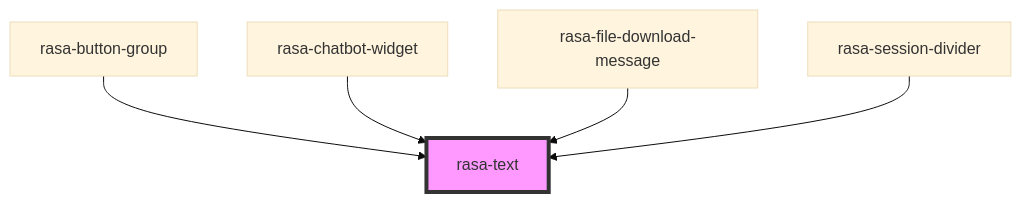
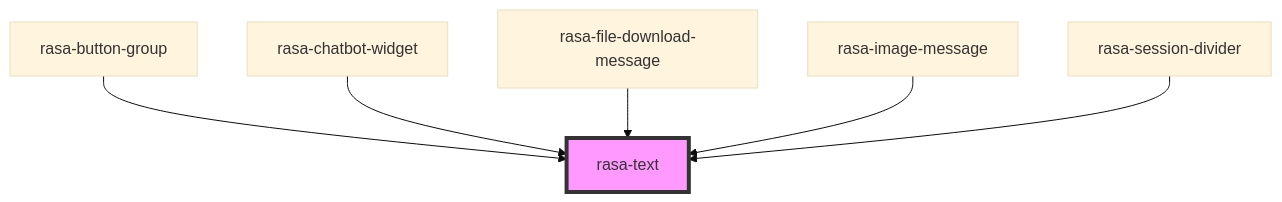
Before and after one commit to RasaHQ/chat-widget: the diagram in packages/web-component/src/components/text/readme.md, drawn with Mermaid (base theme). The commit also changed other lines of this file and 12 other files, not shown here.

Commit message:
Adds: Image component, Image message component, default image fallback icon

````diff
--- a/packages/web-component/src/components/text/readme.md
+++ b/packages/web-component/src/components/text/readme.md
@@ -25,8 +26,9 @@
 ```mermaid
 graph TD;
   rasa-button-group --> rasa-text
   rasa-chatbot-widget --> rasa-text
   rasa-file-download-message --> rasa-text
+  rasa-image-message --> rasa-text
   rasa-session-divider --> rasa-text
   style rasa-text fill:#f9f,stroke:#333,stroke-width:4px
 ```
````
